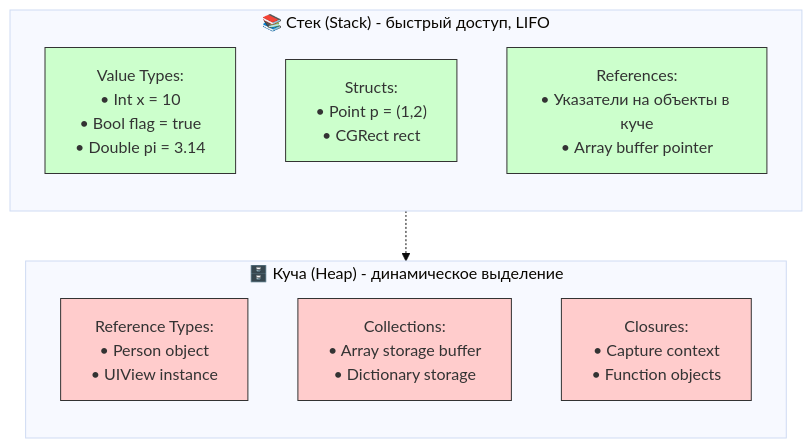
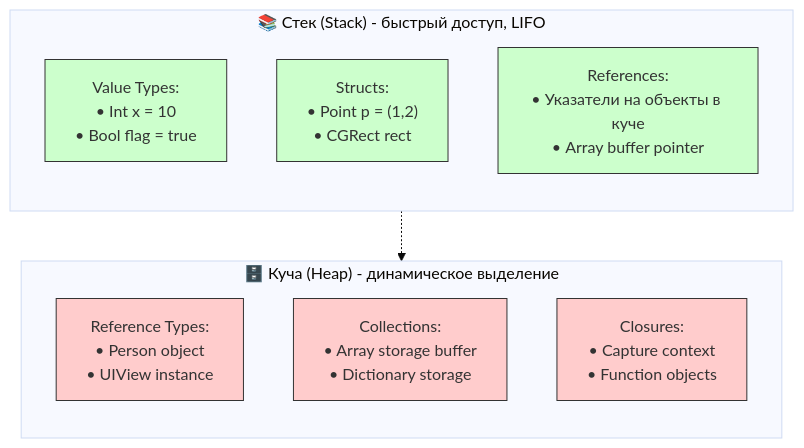
One commit to NuttyCheese/Obsidian changed the diagram in Swift/Теория/Контроль памяти/Что такое - value type and reference type.md. Above: the diagram before and after it, drawn with Mermaid (base theme). The commit also changed other lines of this file and 4 other files, not shown here.

````diff
--- a/Swift/Теория/Контроль памяти/Что такое - value type and reference type.md
+++ b/Swift/Теория/Контроль памяти/Что такое - value type and reference type.md
@@ -140,25 +143,25 @@
 ```mermaid
 graph TD
     subgraph Stack["📚 Стек (Stack) - быстрый доступ, LIFO"]
         direction TB
-        S1["Value Types:<br/>• Int x = 10<br/>• Bool flag = true<br/>• Double pi = 3.14"]
+        S1["Value Types:<br/>• Int x = 10<br/>• Bool flag = true"]
         S2["Structs:<br/>• Point p = (1,2)<br/>• CGRect rect"]
         S3["References:<br/>• Указатели на объекты в куче<br/>• Array buffer pointer"]
     end
     
     subgraph Heap["🗄️ Куча (Heap) - динамическое выделение"]
         direction TB
         H1["Reference Types:<br/>• Person object<br/>• UIView instance"]
         H2["Collections:<br/>• Array storage buffer<br/>• Dictionary storage"]
         H3["Closures:<br/>• Capture context<br/>• Function objects"]
     end
     
     S3 -.-> H2
     
     style S1 fill:#ccffcc,stroke:#333
     style S2 fill:#ccffcc,stroke:#333
     style S3 fill:#ccffcc,stroke:#333
     style H1 fill:#ffcccc,stroke:#333
     style H2 fill:#ffcccc,stroke:#333
     style H3 fill:#ffcccc,stroke:#333
 ```
````
